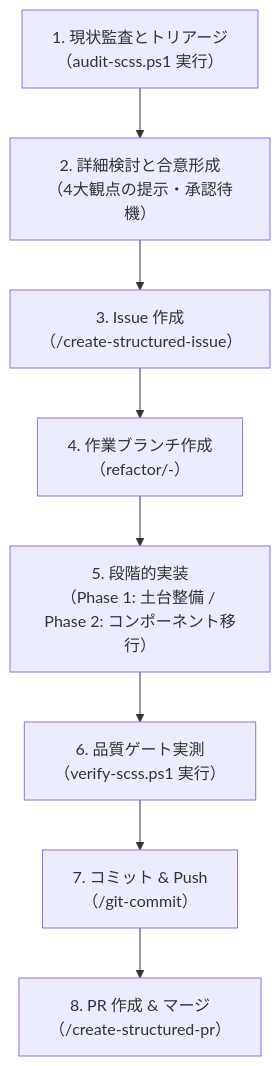
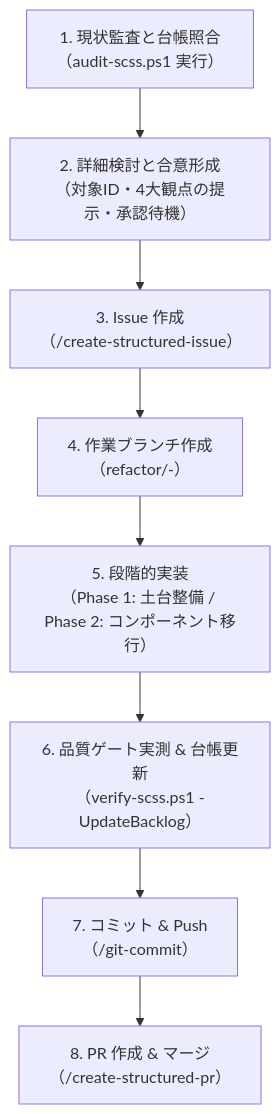
One commit to xmatsuda2053/toybox2 changed the diagram in .agents/workflows/scss-refactor-executor.md. Above: the diagram before and after it, drawn with Mermaid. The commit also changed other lines of this file and 6 other files, not shown here.

First line of the commit message:
refactor(agents): SCSS効果測定台帳（scss-refactor-backlog.json）の導入とツール・ワークフロー拡充 (#75)

````diff
--- a/.agents/workflows/scss-refactor-executor.md
+++ b/.agents/workflows/scss-refactor-executor.md
@@ -49,10 +52,10 @@
 ```mermaid
 flowchart TD
-    S1["1. 現状監査とトリアージ<br/>（audit-scss.ps1 実行）"] --> S2["2. 詳細検討と合意形成<br/>（4大観点の提示・承認待機）"]
+    S1["1. 現状監査と台帳照合<br/>（audit-scss.ps1 実行）"] --> S2["2. 詳細検討と合意形成<br/>（対象ID・4大観点の提示・承認待機）"]
     S2 --> S3["3. Issue 作成<br/>（/create-structured-issue）"]
     S3 --> S4["4. 作業ブランチ作成<br/>（refactor/<issue-id>-<slug>）"]
     S4 --> S5["5. 段階的実装<br/>（Phase 1: 土台整備 / Phase 2: コンポーネント移行）"]
-    S5 --> S6["6. 品質ゲート実測<br/>（verify-scss.ps1 実行）"]
+    S5 --> S6["6. 品質ゲート実測 & 台帳更新<br/>（verify-scss.ps1 -UpdateBacklog）"]
     S6 --> S7["7. コミット & Push<br/>（/git-commit）"]
     S7 --> S8["8. PR 作成 & マージ<br/>（/create-structured-pr）"]
 ```
````
